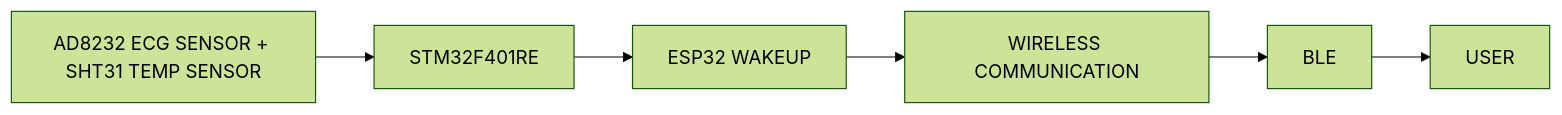
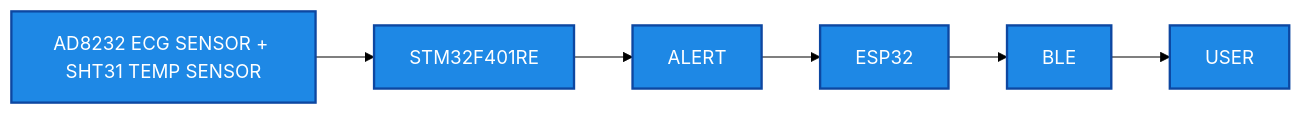
Before and after one commit to praveen-chilamakuri/Ultra-Low-Power-Wearable-Project: the diagram in README.md, drawn with Mermaid (forest theme).

Commit message:
Revise flowchart and add block styling in README
Updated the flowchart in README.md to reflect changes in the alert system and added color styling for block elements.

````diff
--- a/README.md
+++ b/README.md
@@ -35,8 +35,12 @@
 ```mermaid
 graph LR
     SENSORS[AD8232 ECG SENSOR + SHT31 TEMP SENSOR] --> MCU[STM32F401RE]
-    MCU --> ALERT[ESP32 WAKEUP]
-    ALERT --> ESP32[WIRELESS COMMUNICATION]
-    ESP32 --> BLE[BLE]
+    MCU --> ALERT[ALERT]
+    ALERT --> ESP[ESP32]
+    ESP --> BLE[BLE]
     BLE --> USER[USER]
+
+    %% Color Overrides for Block Styling %%
+    classDef blueBlocks fill:#1E88E5,stroke:#0D47A1,stroke-width:2px,color:#FFFFFF;
+    class SENSORS,MCU,ALERT,ESP,BLE,USER blueBlocks;
 ```
````
